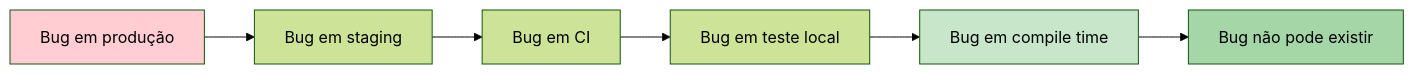
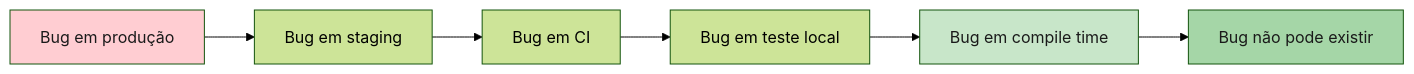
One commit to Felipeness/ferro-e-espirito changed the second of 2 diagrams in book/part-01-genesis/ch02-trindade-impossivel.md. Above: the diagram before and after it, drawn with Mermaid (forest theme). The commit also changed other lines of this file and 56 other files, not shown here.

First line of the commit message:
fix: contraste de texto em diagramas mermaid

````diff
--- a/book/part-01-genesis/ch02-trindade-impossivel.md
+++ b/book/part-01-genesis/ch02-trindade-impossivel.md
@@ -237,12 +237,12 @@
 ```mermaid
 graph LR
     A[Bug em produção] --> B[Bug em staging]
     B --> C[Bug em CI]
     C --> D[Bug em teste local]
     D --> E[Bug em compile time]
     E --> F[Bug não pode existir]
 
-    style A fill:#ffcdd2
-    style E fill:#c8e6c9
-    style F fill:#a5d6a7
+    style A fill:#ffcdd2,color:#1a1a1a
+    style E fill:#c8e6c9,color:#1a1a1a
+    style F fill:#a5d6a7,color:#1a1a1a
 ```
````
